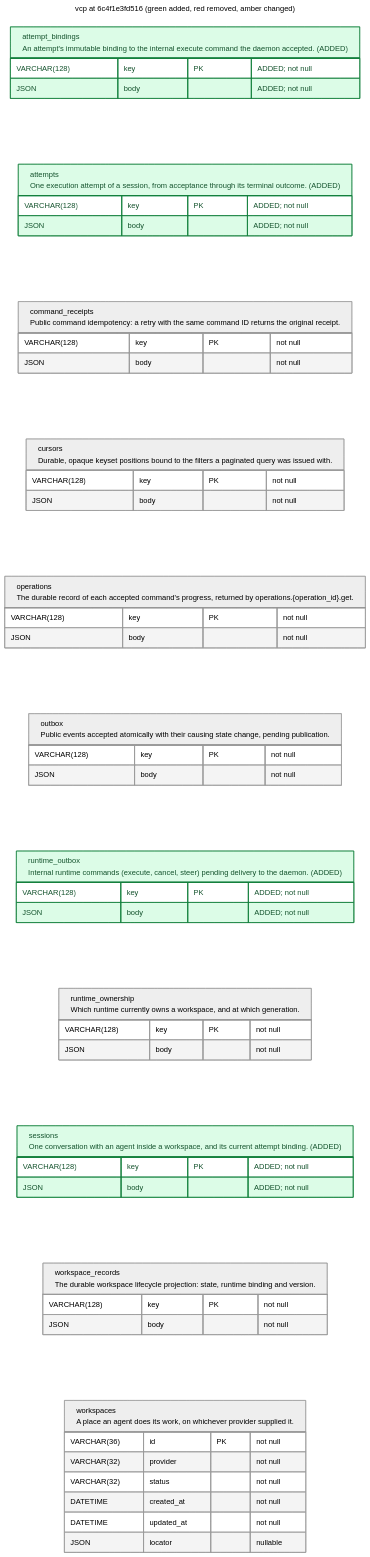
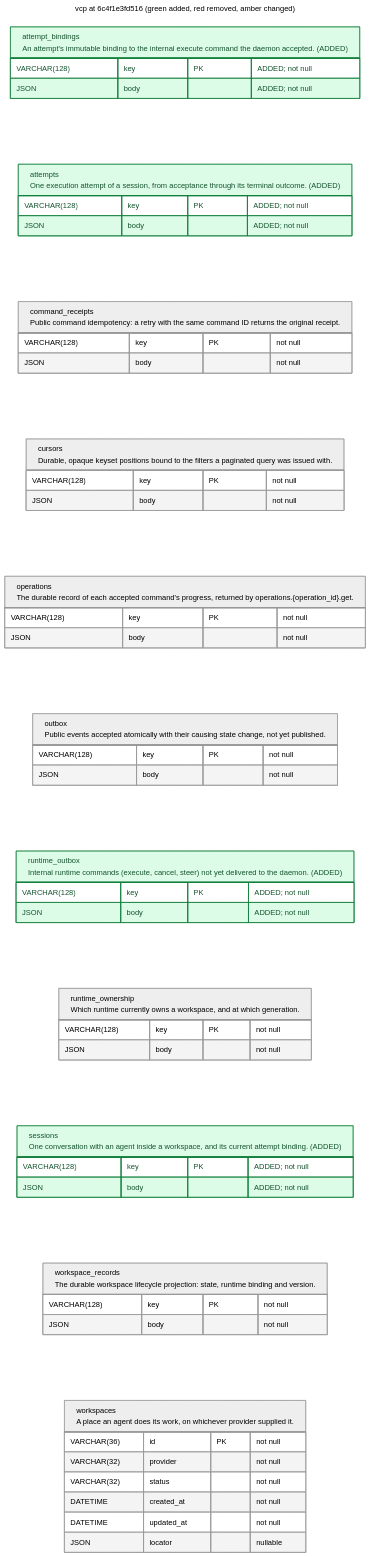
One commit to OpenEngine/OpenEngine changed the diagram in v2/docs/schema/vcp/6c4f1e3fd516.mermaid. Above: the diagram before and after it, drawn with Mermaid. The commit also changed 14 other files, not shown here.

```diff
--- a/v2/docs/schema/vcp/6c4f1e3fd516.mermaid
+++ b/v2/docs/schema/vcp/6c4f1e3fd516.mermaid
@@ -1,65 +1,65 @@
 ---
 title: vcp at 6c4f1e3fd516 (green added, red removed, amber changed)
 config:
   theme: neutral
 ---
 erDiagram
     direction LR
     %% REMOVED tables/columns are tombstones, absent from this revision's schema.
     %% Column changes include type, nullability, default and key membership.
     %% Table changes also include indexes and constraints.
     classDef added fill:#dcfce7,stroke:#15803d,color:#14532d
     classDef removed fill:#fee2e2,stroke:#b91c1c,color:#7f1d1d
     classDef changed fill:#fef3c7,stroke:#b45309,color:#78350f
     attempt_bindings["attempt_bindings<br/>An attempt's immutable binding to the internal execute command the daemon accepted. (ADDED)"] {
         VARCHAR(128) key PK "ADDED; not null"
         JSON body "ADDED; not null"
     }
     class attempt_bindings added
     attempts["attempts<br/>One execution attempt of a session, from acceptance through its terminal outcome. (ADDED)"] {
         VARCHAR(128) key PK "ADDED; not null"
         JSON body "ADDED; not null"
     }
     class attempts added
     command_receipts["command_receipts<br/>Public command idempotency: a retry with the same command ID returns the original receipt."] {
         VARCHAR(128) key PK "not null"
         JSON body "not null"
     }
     cursors["cursors<br/>Durable, opaque keyset positions bound to the filters a paginated query was issued with."] {
         VARCHAR(128) key PK "not null"
         JSON body "not null"
     }
     operations["operations<br/>The durable record of each accepted command's progress, returned by operations.{operation_id}.get."] {
         VARCHAR(128) key PK "not null"
         JSON body "not null"
     }
-    outbox["outbox<br/>Public events accepted atomically with their causing state change, pending publication."] {
+    outbox["outbox<br/>Public events accepted atomically with their causing state change, not yet published."] {
         VARCHAR(128) key PK "not null"
         JSON body "not null"
     }
-    runtime_outbox["runtime_outbox<br/>Internal runtime commands (execute, cancel, steer) pending delivery to the daemon. (ADDED)"] {
+    runtime_outbox["runtime_outbox<br/>Internal runtime commands (execute, cancel, steer) not yet delivered to the daemon. (ADDED)"] {
         VARCHAR(128) key PK "ADDED; not null"
         JSON body "ADDED; not null"
     }
     class runtime_outbox added
     runtime_ownership["runtime_ownership<br/>Which runtime currently owns a workspace, and at which generation."] {
         VARCHAR(128) key PK "not null"
         JSON body "not null"
     }
     sessions["sessions<br/>One conversation with an agent inside a workspace, and its current attempt binding. (ADDED)"] {
         VARCHAR(128) key PK "ADDED; not null"
         JSON body "ADDED; not null"
     }
     class sessions added
     workspace_records["workspace_records<br/>The durable workspace lifecycle projection: state, runtime binding and version."] {
         VARCHAR(128) key PK "not null"
         JSON body "not null"
     }
     workspaces["workspaces<br/>A place an agent does its work, on whichever provider supplied it."] {
         VARCHAR(36) id PK "not null"
         VARCHAR(32) provider "not null"
         VARCHAR(32) status "not null"
         DATETIME created_at "not null"
         DATETIME updated_at "not null"
         JSON locator "nullable"
     }
```
